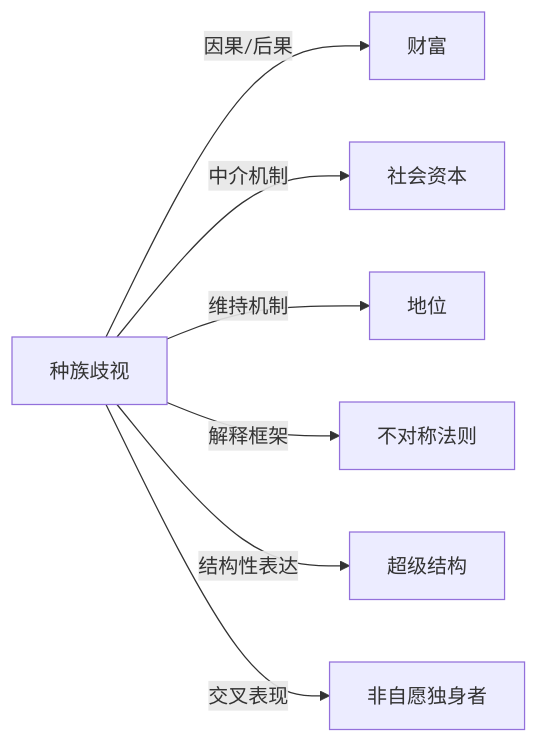
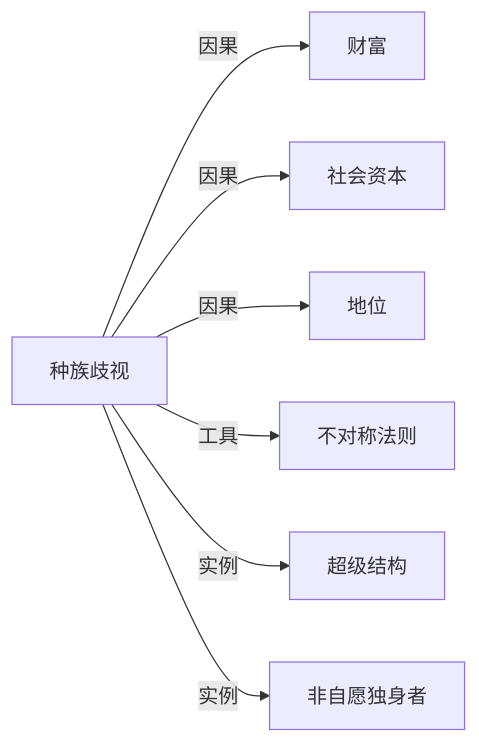
One commit to KIMMCHOW/MyKnowledge changed the diagram in Knowledge/Concepts/社会学/种族歧视.md. Above: the diagram before and after it, drawn with Mermaid. The commit also changed 95 other files, not shown here.

Commit message:
reorganize: 统一关系图边标签为11类

````diff
--- a/Knowledge/Concepts/社会学/种族歧视.md
+++ b/Knowledge/Concepts/社会学/种族歧视.md
@@ -44,9 +44,9 @@
 ```mermaid
 graph LR
-种族歧视 -->|因果/后果| 财富
-种族歧视 -->|中介机制| 社会资本
-种族歧视 -->|维持机制| 地位
-种族歧视 -->|解释框架| 不对称法则
-种族歧视 -->|结构性表达| 超级结构
-种族歧视 -->|交叉表现| 非自愿独身者
+种族歧视 -->|因果| 财富
+种族歧视 -->|因果| 社会资本
+种族歧视 -->|因果| 地位
+种族歧视 -->|工具| 不对称法则
+种族歧视 -->|实例| 超级结构
+种族歧视 -->|实例| 非自愿独身者
 ```
````
